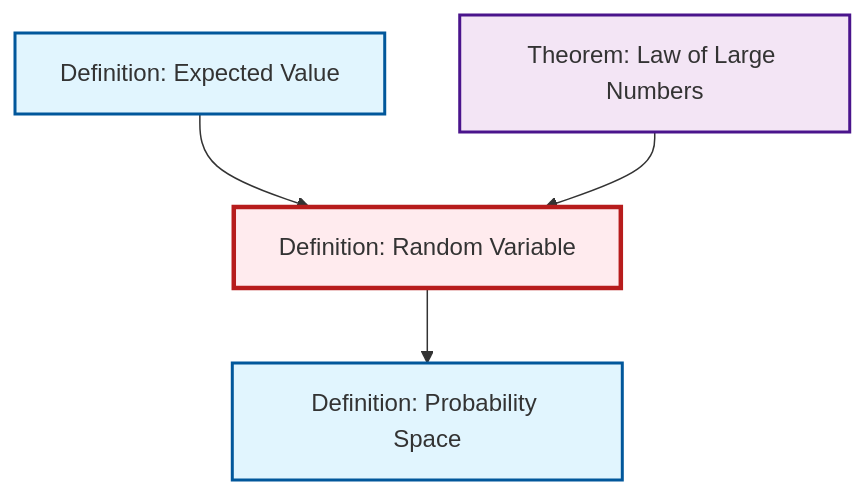
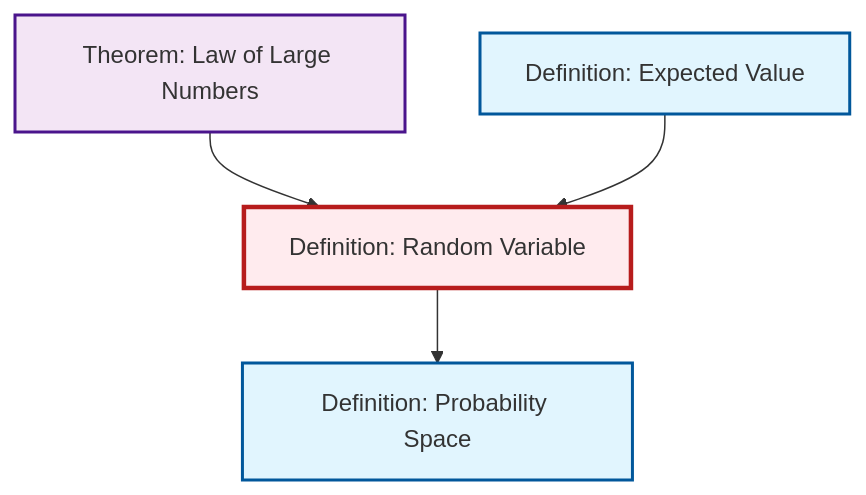
The diagram in content/ja/probability-statistics/def-random-variable.qmd (RK0429/ModernMath), drawn with Mermaid before and after one commit. The commit also changed other lines of this file and 530 other files, not shown here.

````diff
--- a/content/ja/probability-statistics/def-random-variable.qmd
+++ b/content/ja/probability-statistics/def-random-variable.qmd
@@ -48,20 +48,20 @@
 ```{mermaid}
 %%| fig-cap: "Local dependency graph"
 graph TD
     classDef definition fill:#e1f5fe,stroke:#01579b,stroke-width:2px
     classDef theorem fill:#f3e5f5,stroke:#4a148c,stroke-width:2px
     classDef axiom fill:#fff3e0,stroke:#e65100,stroke-width:2px
     classDef example fill:#e8f5e9,stroke:#1b5e20,stroke-width:2px
     classDef current fill:#ffebee,stroke:#b71c1c,stroke-width:3px
+    def-expectation["Definition: Expected Value"]:::definition
     def-random-variable["Definition: Random Variable"]:::definition
-    def-expectation["Definition: Expected Value"]:::definition
+    def-probability-space["Definition: Probability Space"]:::definition
     thm-law-of-large-numbers["Theorem: Law of Large Numbers"]:::theorem
-    def-probability-space["Definition: Probability Space"]:::definition
+    thm-law-of-large-numbers --> def-random-variable
+    def-expectation --> def-random-variable
     def-random-variable --> def-probability-space
-    def-expectation --> def-random-variable
-    thm-law-of-large-numbers --> def-random-variable
     class def-random-variable current
     click def-expectation "def-expectation.html" "Definition: Expected Valueへ"
+    click def-probability-space "def-probability-space.html" "Definition: Probability Spaceへ"
     click thm-law-of-large-numbers "thm-law-of-large-numbers.html" "Theorem: Law of Large Numbersへ"
-    click def-probability-space "def-probability-space.html" "Definition: Probability Spaceへ"
 ```
````
